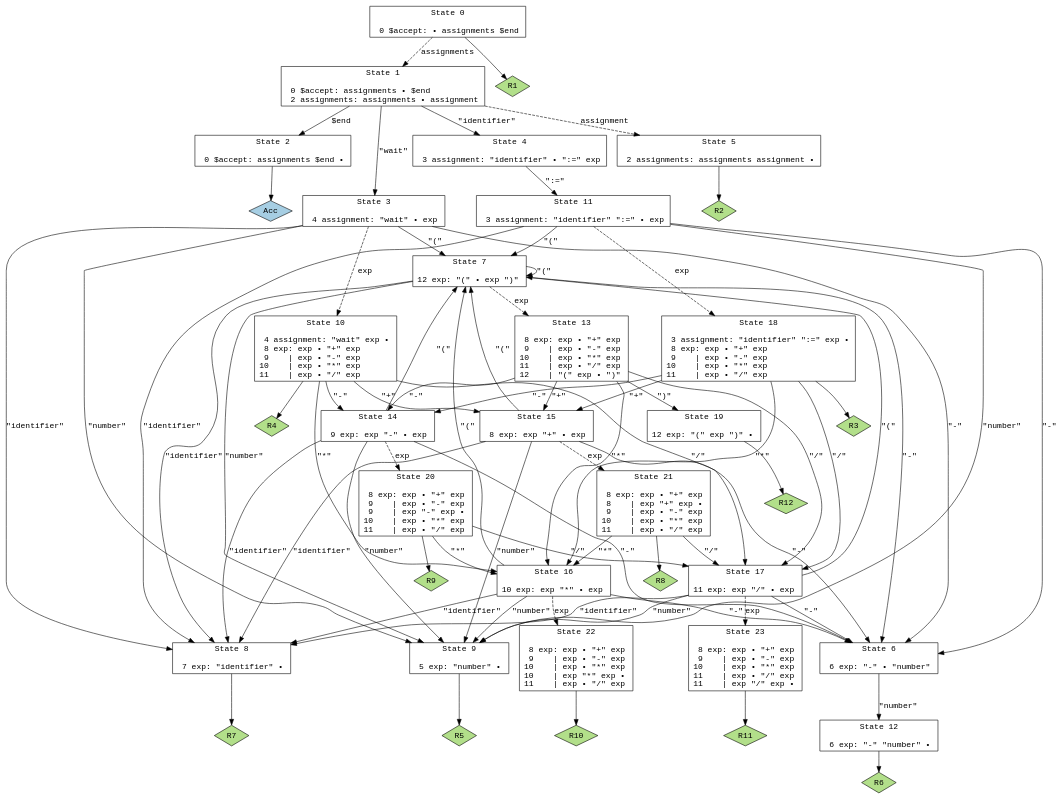
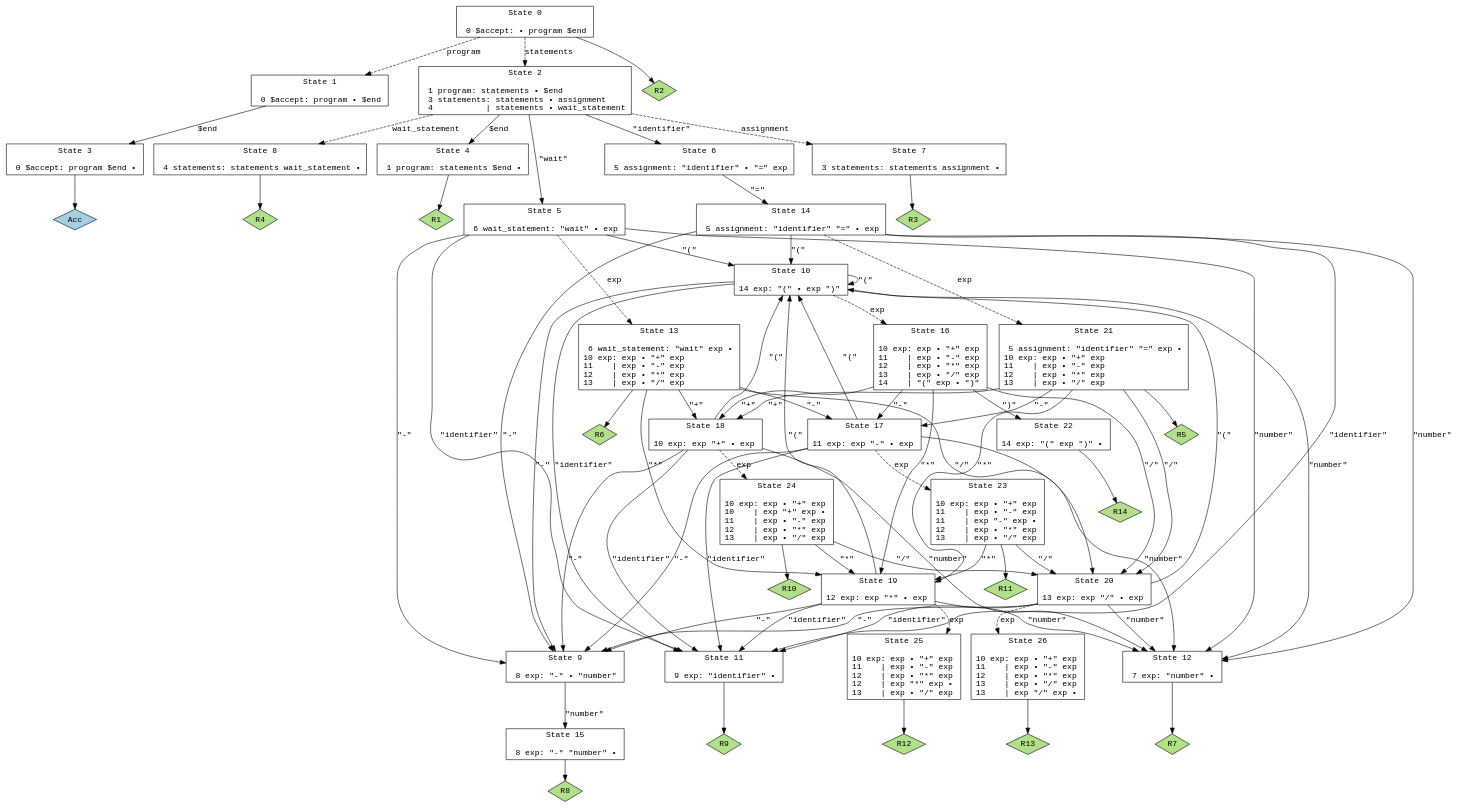
One commit to mahlenmorris/VCVRack changed the diagram in src/parser/parser.gv. Above: the diagram before and after it, drawn with Graphviz. The commit also changed 9 other files, not shown here.

```diff
--- a/src/parser/parser.gv
+++ b/src/parser/parser.gv
@@ -1,119 +1,129 @@
 // Generated by GNU Bison 3.8.2.
 // Report bugs to <bug-bison@gnu.org>.
 // Home page: <https://www.gnu.org/software/bison/>.
 
 digraph "parser.yy"
 {
   node [fontname = courier, shape = box, colorscheme = paired6]
   edge [fontname = courier]
 
-  0 [label="State 0\n\l  0 $accept: • assignments $end\l"]
-  0 -> 1 [style=dashed label="assignments"]
-  0 -> "0R1" [style=solid]
- "0R1" [label="R1", fillcolor=3, shape=diamond, style=filled]
-  1 [label="State 1\n\l  0 $accept: assignments • $end\l  2 assignments: assignments • assignment\l"]
-  1 -> 2 [style=solid label="$end"]
-  1 -> 3 [style=solid label="\"wait\""]
-  1 -> 4 [style=solid label="\"identifier\""]
-  1 -> 5 [style=dashed label="assignment"]
-  2 [label="State 2\n\l  0 $accept: assignments $end •\l"]
-  2 -> "2R0" [style=solid]
- "2R0" [label="Acc", fillcolor=1, shape=diamond, style=filled]
-  3 [label="State 3\n\l  4 assignment: \"wait\" • exp\l"]
-  3 -> 6 [style=solid label="\"-\""]
-  3 -> 7 [style=solid label="\"(\""]
-  3 -> 8 [style=solid label="\"identifier\""]
-  3 -> 9 [style=solid label="\"number\""]
-  3 -> 10 [style=dashed label="exp"]
-  4 [label="State 4\n\l  3 assignment: \"identifier\" • \":=\" exp\l"]
-  4 -> 11 [style=solid label="\":=\""]
-  5 [label="State 5\n\l  2 assignments: assignments assignment •\l"]
-  5 -> "5R2" [style=solid]
- "5R2" [label="R2", fillcolor=3, shape=diamond, style=filled]
-  6 [label="State 6\n\l  6 exp: \"-\" • \"number\"\l"]
-  6 -> 12 [style=solid label="\"number\""]
-  7 [label="State 7\n\l 12 exp: \"(\" • exp \")\"\l"]
-  7 -> 6 [style=solid label="\"-\""]
-  7 -> 7 [style=solid label="\"(\""]
-  7 -> 8 [style=solid label="\"identifier\""]
-  7 -> 9 [style=solid label="\"number\""]
-  7 -> 13 [style=dashed label="exp"]
-  8 [label="State 8\n\l  7 exp: \"identifier\" •\l"]
-  8 -> "8R7" [style=solid]
- "8R7" [label="R7", fillcolor=3, shape=diamond, style=filled]
-  9 [label="State 9\n\l  5 exp: \"number\" •\l"]
-  9 -> "9R5" [style=solid]
- "9R5" [label="R5", fillcolor=3, shape=diamond, style=filled]
-  10 [label="State 10\n\l  4 assignment: \"wait\" exp •\l  8 exp: exp • \"+\" exp\l  9    | exp • \"-\" exp\l 10    | exp • \"*\" exp\l 11    | exp • \"/\" exp\l"]
-  10 -> 14 [style=solid label="\"-\""]
-  10 -> 15 [style=solid label="\"+\""]
-  10 -> 16 [style=solid label="\"*\""]
-  10 -> 17 [style=solid label="\"/\""]
-  10 -> "10R4" [style=solid]
- "10R4" [label="R4", fillcolor=3, shape=diamond, style=filled]
-  11 [label="State 11\n\l  3 assignment: \"identifier\" \":=\" • exp\l"]
-  11 -> 6 [style=solid label="\"-\""]
-  11 -> 7 [style=solid label="\"(\""]
-  11 -> 8 [style=solid label="\"identifier\""]
-  11 -> 9 [style=solid label="\"number\""]
-  11 -> 18 [style=dashed label="exp"]
-  12 [label="State 12\n\l  6 exp: \"-\" \"number\" •\l"]
-  12 -> "12R6" [style=solid]
- "12R6" [label="R6", fillcolor=3, shape=diamond, style=filled]
-  13 [label="State 13\n\l  8 exp: exp • \"+\" exp\l  9    | exp • \"-\" exp\l 10    | exp • \"*\" exp\l 11    | exp • \"/\" exp\l 12    | \"(\" exp • \")\"\l"]
-  13 -> 14 [style=solid label="\"-\""]
-  13 -> 15 [style=solid label="\"+\""]
-  13 -> 16 [style=solid label="\"*\""]
-  13 -> 17 [style=solid label="\"/\""]
-  13 -> 19 [style=solid label="\")\""]
-  14 [label="State 14\n\l  9 exp: exp \"-\" • exp\l"]
-  14 -> 6 [style=solid label="\"-\""]
-  14 -> 7 [style=solid label="\"(\""]
-  14 -> 8 [style=solid label="\"identifier\""]
-  14 -> 9 [style=solid label="\"number\""]
-  14 -> 20 [style=dashed label="exp"]
-  15 [label="State 15\n\l  8 exp: exp \"+\" • exp\l"]
-  15 -> 6 [style=solid label="\"-\""]
-  15 -> 7 [style=solid label="\"(\""]
-  15 -> 8 [style=solid label="\"identifier\""]
-  15 -> 9 [style=solid label="\"number\""]
-  15 -> 21 [style=dashed label="exp"]
-  16 [label="State 16\n\l 10 exp: exp \"*\" • exp\l"]
-  16 -> 6 [style=solid label="\"-\""]
-  16 -> 7 [style=solid label="\"(\""]
-  16 -> 8 [style=solid label="\"identifier\""]
-  16 -> 9 [style=solid label="\"number\""]
-  16 -> 22 [style=dashed label="exp"]
-  17 [label="State 17\n\l 11 exp: exp \"/\" • exp\l"]
-  17 -> 6 [style=solid label="\"-\""]
-  17 -> 7 [style=solid label="\"(\""]
-  17 -> 8 [style=solid label="\"identifier\""]
-  17 -> 9 [style=solid label="\"number\""]
+  0 [label="State 0\n\l  0 $accept: • program $end\l"]
+  0 -> 1 [style=dashed label="program"]
+  0 -> 2 [style=dashed label="statements"]
+  0 -> "0R2" [style=solid]
+ "0R2" [label="R2", fillcolor=3, shape=diamond, style=filled]
+  1 [label="State 1\n\l  0 $accept: program • $end\l"]
+  1 -> 3 [style=solid label="$end"]
+  2 [label="State 2\n\l  1 program: statements • $end\l  3 statements: statements • assignment\l  4           | statements • wait_statement\l"]
+  2 -> 4 [style=solid label="$end"]
+  2 -> 5 [style=solid label="\"wait\""]
+  2 -> 6 [style=solid label="\"identifier\""]
+  2 -> 7 [style=dashed label="assignment"]
+  2 -> 8 [style=dashed label="wait_statement"]
+  3 [label="State 3\n\l  0 $accept: program $end •\l"]
+  3 -> "3R0" [style=solid]
+ "3R0" [label="Acc", fillcolor=1, shape=diamond, style=filled]
+  4 [label="State 4\n\l  1 program: statements $end •\l"]
+  4 -> "4R1" [style=solid]
+ "4R1" [label="R1", fillcolor=3, shape=diamond, style=filled]
+  5 [label="State 5\n\l  6 wait_statement: \"wait\" • exp\l"]
+  5 -> 9 [style=solid label="\"-\""]
+  5 -> 10 [style=solid label="\"(\""]
+  5 -> 11 [style=solid label="\"identifier\""]
+  5 -> 12 [style=solid label="\"number\""]
+  5 -> 13 [style=dashed label="exp"]
+  6 [label="State 6\n\l  5 assignment: \"identifier\" • \"=\" exp\l"]
+  6 -> 14 [style=solid label="\"=\""]
+  7 [label="State 7\n\l  3 statements: statements assignment •\l"]
+  7 -> "7R3" [style=solid]
+ "7R3" [label="R3", fillcolor=3, shape=diamond, style=filled]
+  8 [label="State 8\n\l  4 statements: statements wait_statement •\l"]
+  8 -> "8R4" [style=solid]
+ "8R4" [label="R4", fillcolor=3, shape=diamond, style=filled]
+  9 [label="State 9\n\l  8 exp: \"-\" • \"number\"\l"]
+  9 -> 15 [style=solid label="\"number\""]
+  10 [label="State 10\n\l 14 exp: \"(\" • exp \")\"\l"]
+  10 -> 9 [style=solid label="\"-\""]
+  10 -> 10 [style=solid label="\"(\""]
+  10 -> 11 [style=solid label="\"identifier\""]
+  10 -> 12 [style=solid label="\"number\""]
+  10 -> 16 [style=dashed label="exp"]
+  11 [label="State 11\n\l  9 exp: \"identifier\" •\l"]
+  11 -> "11R9" [style=solid]
+ "11R9" [label="R9", fillcolor=3, shape=diamond, style=filled]
+  12 [label="State 12\n\l  7 exp: \"number\" •\l"]
+  12 -> "12R7" [style=solid]
+ "12R7" [label="R7", fillcolor=3, shape=diamond, style=filled]
+  13 [label="State 13\n\l  6 wait_statement: \"wait\" exp •\l 10 exp: exp • \"+\" exp\l 11    | exp • \"-\" exp\l 12    | exp • \"*\" exp\l 13    | exp • \"/\" exp\l"]
+  13 -> 17 [style=solid label="\"-\""]
+  13 -> 18 [style=solid label="\"+\""]
+  13 -> 19 [style=solid label="\"*\""]
+  13 -> 20 [style=solid label="\"/\""]
+  13 -> "13R6" [style=solid]
+ "13R6" [label="R6", fillcolor=3, shape=diamond, style=filled]
+  14 [label="State 14\n\l  5 assignment: \"identifier\" \"=\" • exp\l"]
+  14 -> 9 [style=solid label="\"-\""]
+  14 -> 10 [style=solid label="\"(\""]
+  14 -> 11 [style=solid label="\"identifier\""]
+  14 -> 12 [style=solid label="\"number\""]
+  14 -> 21 [style=dashed label="exp"]
+  15 [label="State 15\n\l  8 exp: \"-\" \"number\" •\l"]
+  15 -> "15R8" [style=solid]
+ "15R8" [label="R8", fillcolor=3, shape=diamond, style=filled]
+  16 [label="State 16\n\l 10 exp: exp • \"+\" exp\l 11    | exp • \"-\" exp\l 12    | exp • \"*\" exp\l 13    | exp • \"/\" exp\l 14    | \"(\" exp • \")\"\l"]
+  16 -> 17 [style=solid label="\"-\""]
+  16 -> 18 [style=solid label="\"+\""]
+  16 -> 19 [style=solid label="\"*\""]
+  16 -> 20 [style=solid label="\"/\""]
+  16 -> 22 [style=solid label="\")\""]
+  17 [label="State 17\n\l 11 exp: exp \"-\" • exp\l"]
+  17 -> 9 [style=solid label="\"-\""]
+  17 -> 10 [style=solid label="\"(\""]
+  17 -> 11 [style=solid label="\"identifier\""]
+  17 -> 12 [style=solid label="\"number\""]
   17 -> 23 [style=dashed label="exp"]
-  18 [label="State 18\n\l  3 assignment: \"identifier\" \":=\" exp •\l  8 exp: exp • \"+\" exp\l  9    | exp • \"-\" exp\l 10    | exp • \"*\" exp\l 11    | exp • \"/\" exp\l"]
-  18 -> 14 [style=solid label="\"-\""]
-  18 -> 15 [style=solid label="\"+\""]
-  18 -> 16 [style=solid label="\"*\""]
-  18 -> 17 [style=solid label="\"/\""]
-  18 -> "18R3" [style=solid]
- "18R3" [label="R3", fillcolor=3, shape=diamond, style=filled]
-  19 [label="State 19\n\l 12 exp: \"(\" exp \")\" •\l"]
-  19 -> "19R12" [style=solid]
- "19R12" [label="R12", fillcolor=3, shape=diamond, style=filled]
-  20 [label="State 20\n\l  8 exp: exp • \"+\" exp\l  9    | exp • \"-\" exp\l  9    | exp \"-\" exp •\l 10    | exp • \"*\" exp\l 11    | exp • \"/\" exp\l"]
-  20 -> 16 [style=solid label="\"*\""]
-  20 -> 17 [style=solid label="\"/\""]
-  20 -> "20R9" [style=solid]
- "20R9" [label="R9", fillcolor=3, shape=diamond, style=filled]
-  21 [label="State 21\n\l  8 exp: exp • \"+\" exp\l  8    | exp \"+\" exp •\l  9    | exp • \"-\" exp\l 10    | exp • \"*\" exp\l 11    | exp • \"/\" exp\l"]
-  21 -> 16 [style=solid label="\"*\""]
-  21 -> 17 [style=solid label="\"/\""]
-  21 -> "21R8" [style=solid]
- "21R8" [label="R8", fillcolor=3, shape=diamond, style=filled]
-  22 [label="State 22\n\l  8 exp: exp • \"+\" exp\l  9    | exp • \"-\" exp\l 10    | exp • \"*\" exp\l 10    | exp \"*\" exp •\l 11    | exp • \"/\" exp\l"]
-  22 -> "22R10" [style=solid]
- "22R10" [label="R10", fillcolor=3, shape=diamond, style=filled]
-  23 [label="State 23\n\l  8 exp: exp • \"+\" exp\l  9    | exp • \"-\" exp\l 10    | exp • \"*\" exp\l 11    | exp • \"/\" exp\l 11    | exp \"/\" exp •\l"]
+  18 [label="State 18\n\l 10 exp: exp \"+\" • exp\l"]
+  18 -> 9 [style=solid label="\"-\""]
+  18 -> 10 [style=solid label="\"(\""]
+  18 -> 11 [style=solid label="\"identifier\""]
+  18 -> 12 [style=solid label="\"number\""]
+  18 -> 24 [style=dashed label="exp"]
+  19 [label="State 19\n\l 12 exp: exp \"*\" • exp\l"]
+  19 -> 9 [style=solid label="\"-\""]
+  19 -> 10 [style=solid label="\"(\""]
+  19 -> 11 [style=solid label="\"identifier\""]
+  19 -> 12 [style=solid label="\"number\""]
+  19 -> 25 [style=dashed label="exp"]
+  20 [label="State 20\n\l 13 exp: exp \"/\" • exp\l"]
+  20 -> 9 [style=solid label="\"-\""]
+  20 -> 10 [style=solid label="\"(\""]
+  20 -> 11 [style=solid label="\"identifier\""]
+  20 -> 12 [style=solid label="\"number\""]
+  20 -> 26 [style=dashed label="exp"]
+  21 [label="State 21\n\l  5 assignment: \"identifier\" \"=\" exp •\l 10 exp: exp • \"+\" exp\l 11    | exp • \"-\" exp\l 12    | exp • \"*\" exp\l 13    | exp • \"/\" exp\l"]
+  21 -> 17 [style=solid label="\"-\""]
+  21 -> 18 [style=solid label="\"+\""]
+  21 -> 19 [style=solid label="\"*\""]
+  21 -> 20 [style=solid label="\"/\""]
+  21 -> "21R5" [style=solid]
+ "21R5" [label="R5", fillcolor=3, shape=diamond, style=filled]
+  22 [label="State 22\n\l 14 exp: \"(\" exp \")\" •\l"]
+  22 -> "22R14" [style=solid]
+ "22R14" [label="R14", fillcolor=3, shape=diamond, style=filled]
+  23 [label="State 23\n\l 10 exp: exp • \"+\" exp\l 11    | exp • \"-\" exp\l 11    | exp \"-\" exp •\l 12    | exp • \"*\" exp\l 13    | exp • \"/\" exp\l"]
+  23 -> 19 [style=solid label="\"*\""]
+  23 -> 20 [style=solid label="\"/\""]
   23 -> "23R11" [style=solid]
  "23R11" [label="R11", fillcolor=3, shape=diamond, style=filled]
+  24 [label="State 24\n\l 10 exp: exp • \"+\" exp\l 10    | exp \"+\" exp •\l 11    | exp • \"-\" exp\l 12    | exp • \"*\" exp\l 13    | exp • \"/\" exp\l"]
+  24 -> 19 [style=solid label="\"*\""]
+  24 -> 20 [style=solid label="\"/\""]
+  24 -> "24R10" [style=solid]
+ "24R10" [label="R10", fillcolor=3, shape=diamond, style=filled]
+  25 [label="State 25\n\l 10 exp: exp • \"+\" exp\l 11    | exp • \"-\" exp\l 12    | exp • \"*\" exp\l 12    | exp \"*\" exp •\l 13    | exp • \"/\" exp\l"]
+  25 -> "25R12" [style=solid]
+ "25R12" [label="R12", fillcolor=3, shape=diamond, style=filled]
+  26 [label="State 26\n\l 10 exp: exp • \"+\" exp\l 11    | exp • \"-\" exp\l 12    | exp • \"*\" exp\l 13    | exp • \"/\" exp\l 13    | exp \"/\" exp •\l"]
+  26 -> "26R13" [style=solid]
+ "26R13" [label="R13", fillcolor=3, shape=diamond, style=filled]
 }
```
